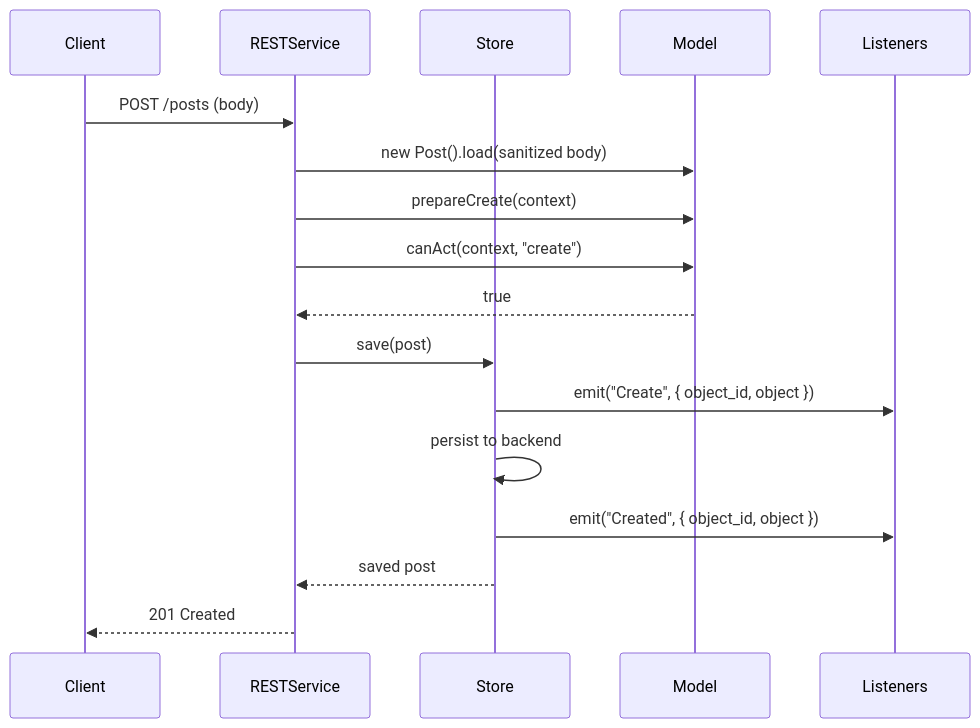
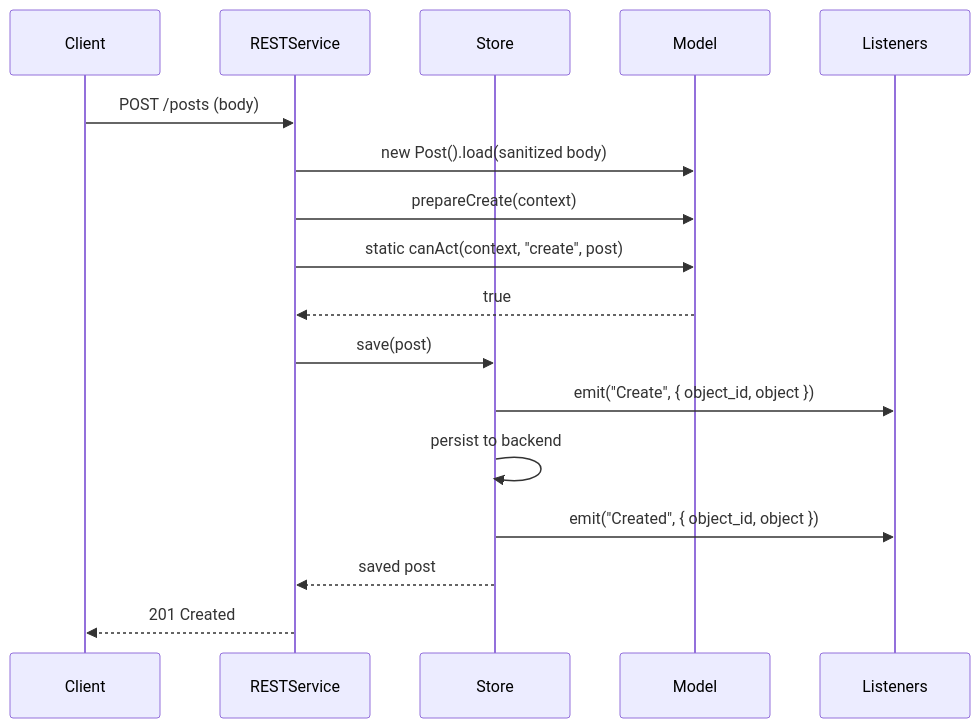
Before and after one commit to loopingz/webda.io: the diagram in docs/pages/Modules/models/Lifecycle.md, drawn with Mermaid. The commit also changed other lines of this file and 2 other files, not shown here.

Commit message:
docs(models): permissions around the static canAct, deny by default
Rewrite Permissions.md: the static `canAct(context, action, object?)`, the
object argument per operation, deny by default and the opt-in, the instance
and static forms together (`super.canAct`), static actions, queries and
`getPermissionQuery`, the 404/403/409 rules, the `_` rule, the `__` query ban
(GraphQL filters included), sealed tokens (binding and expiry), the LIMIT
cap and binaries. Update the canAct sections of Defining-Models.md and
Lifecycle.md.

````diff
--- a/docs/pages/Modules/models/Lifecycle.md
+++ b/docs/pages/Modules/models/Lifecycle.md
@@ -172,20 +172,20 @@
 ```mermaid
 sequenceDiagram
     participant Client
     participant RESTService
     participant Store
     participant Model
     participant Listeners
 
     Client->>RESTService: POST /posts (body)
     RESTService->>Model: new Post().load(sanitized body)
     RESTService->>Model: prepareCreate(context)
-    RESTService->>Model: canAct(context, "create")
+    RESTService->>Model: static canAct(context, "create", post)
     Model-->>RESTService: true
     RESTService->>Store: save(post)
     Store->>Listeners: emit("Create", { object_id, object })
     Store->>Store: persist to backend
     Store->>Listeners: emit("Created", { object_id, object })
     Store-->>RESTService: saved post
     RESTService-->>Client: 201 Created
 ```
````
